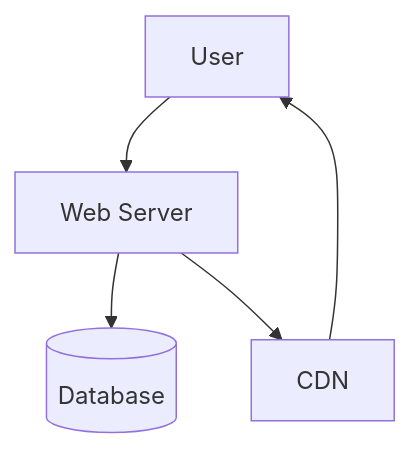
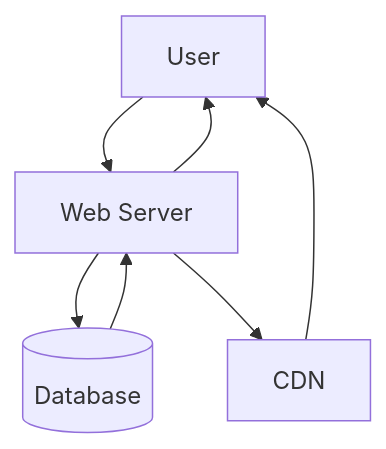
The diagram in 要件定義/要件定義.md (Keito654/anki-kun), drawn with Mermaid before and after one commit.

Commit message:
システム構造図を変更

````diff
--- a/要件定義/要件定義.md
+++ b/要件定義/要件定義.md
@@ -18,7 +18,9 @@
 ```mermaid
 graph TB
   User-->Web[Web Server]
   Web-->DB[(Database)]
+  DB-->Web
   Web-->CDN[CDN]
+  Web-->User
   CDN-->User
 ```
````
